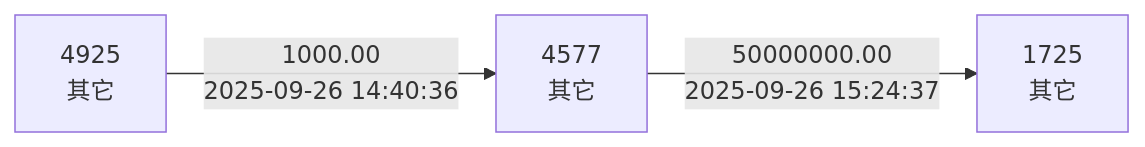
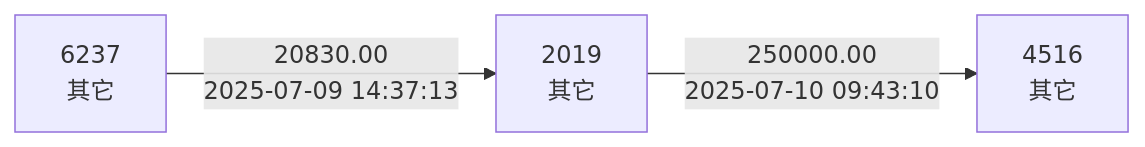
One commit to ooooorrange-ship-it/fintech-pipeline changed the eighth of 17 diagrams in docs/task3_link_visualization_samples.md. Above: the diagram before and after it, drawn with Mermaid. The commit also changed other lines of this file and 64 other files, not shown here.

````diff
--- a/docs/task3_link_visualization_samples.md
+++ b/docs/task3_link_visualization_samples.md
@@ -47,5 +63,5 @@
 ```mermaid
 flowchart LR
-  A["4925\n其它"] -->|"1000.00\n2025-09-26 14:40:36"| B["4577\n其它"]
-  B -->|"50000000.00\n2025-09-26 15:24:37"| C["1725\n其它"]
+  A["6237\n其它"] -->|"20830.00\n2025-07-09 14:37:13"| B["2019\n其它"]
+  B -->|"250000.00\n2025-07-10 09:43:10"| C["4516\n其它"]
 ```
````
